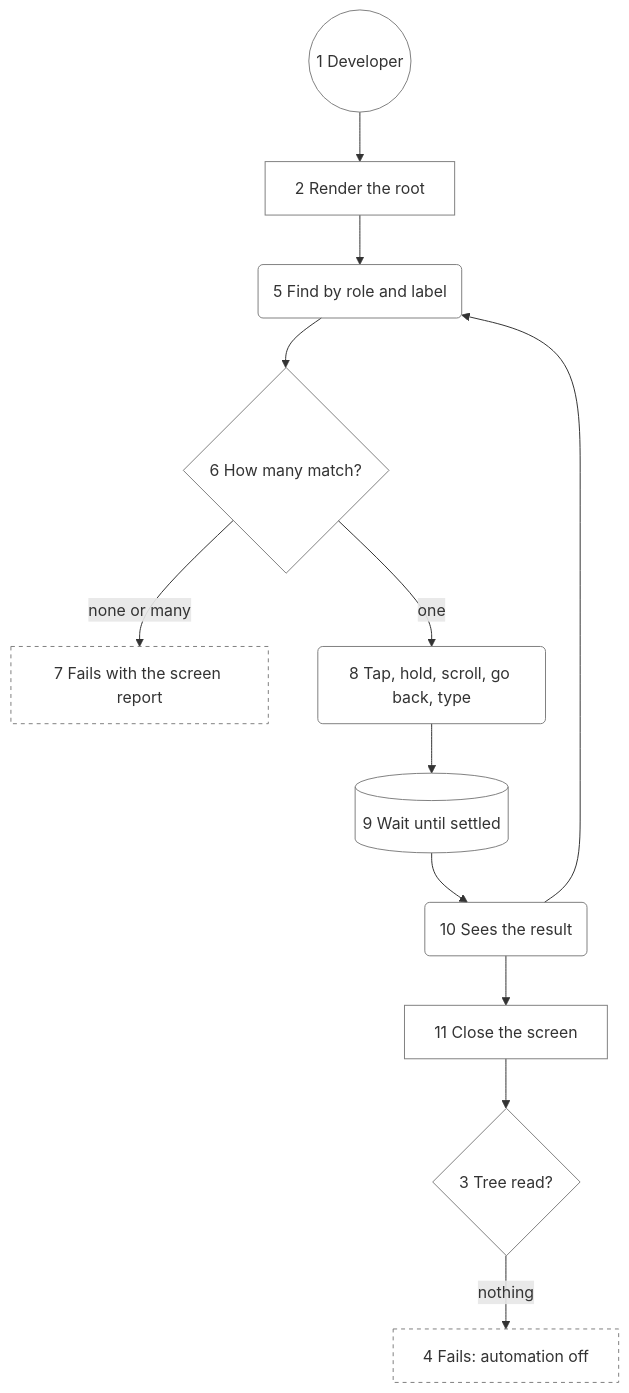
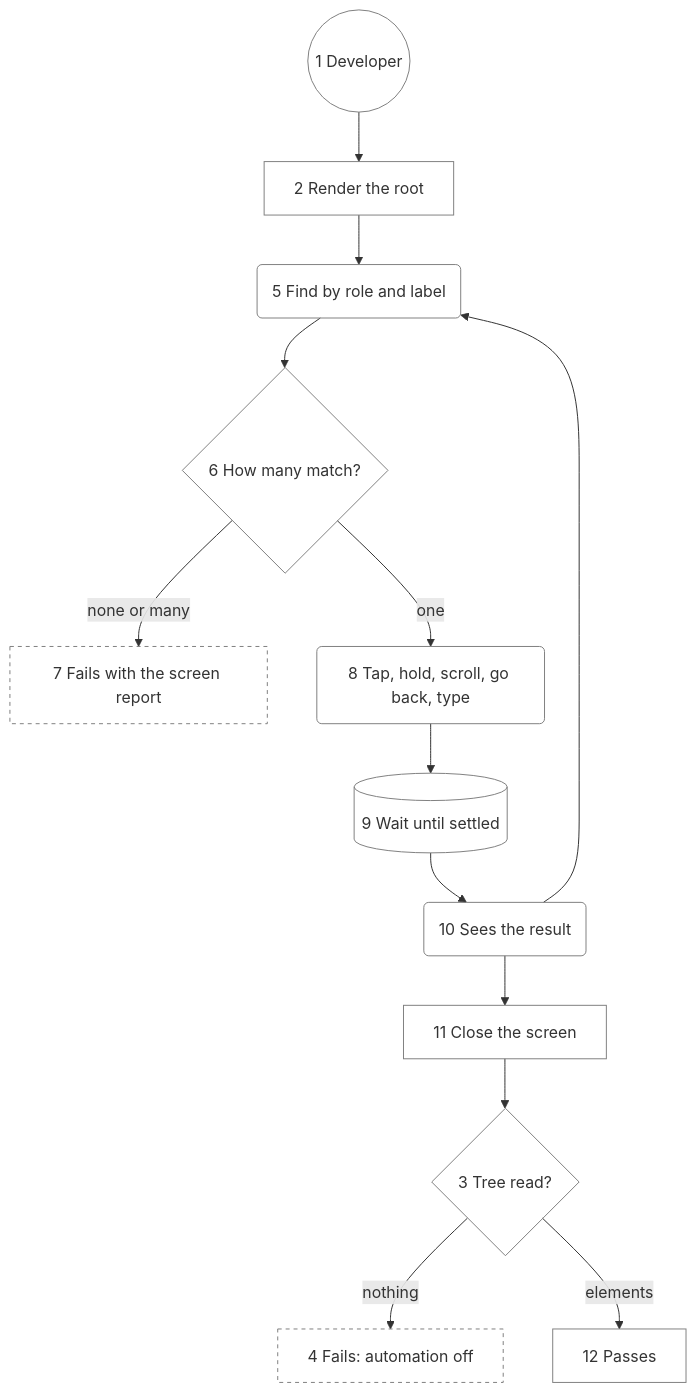
The diagram in docs/architecture/05-user-journey.md (may-journal/apple-ui-testing-library), drawn with Mermaid before and after one commit. The commit also changed other lines of this file and 6 other files, not shown here.

First line of the commit message:
docs(architecture): settle with the clock still and serialize suites

````diff
--- a/docs/architecture/05-user-journey.md
+++ b/docs/architecture/05-user-journey.md
@@ -11,33 +11,35 @@
 ```mermaid
 flowchart TB
     dev((1 Developer)):::persona
     render[2 Render the root]:::step
     canary{3 Tree read?}:::check
     empty[4 Fails: automation off]:::blocked
     find(5 Find by role and label):::action
     match{6 How many match?}:::check
     missing[7 Fails with the screen report]:::blocked
     act(8 Tap, hold, scroll, go back, type):::action
     settle[(9 Wait until settled)]:::system
     sees(10 Sees the result):::action
     close[11 Close the screen]:::step
+    passes[12 Passes]:::step
 
     dev --> render
     render --> find
     find --> match
     match -->|one| act
     match -->|none or many| missing
     act --> settle
     settle --> sees
     sees --> find
     sees --> close
     close --> canary
     canary -->|nothing| empty
+    canary -->|elements| passes
 
     classDef persona fill:none,stroke:gray
     classDef step fill:none,stroke:gray
     classDef action fill:none,stroke:gray
     classDef check fill:none,stroke:gray
     classDef system fill:none,stroke:gray
     classDef blocked fill:none,stroke:gray,stroke-dasharray:4
 ```
````
